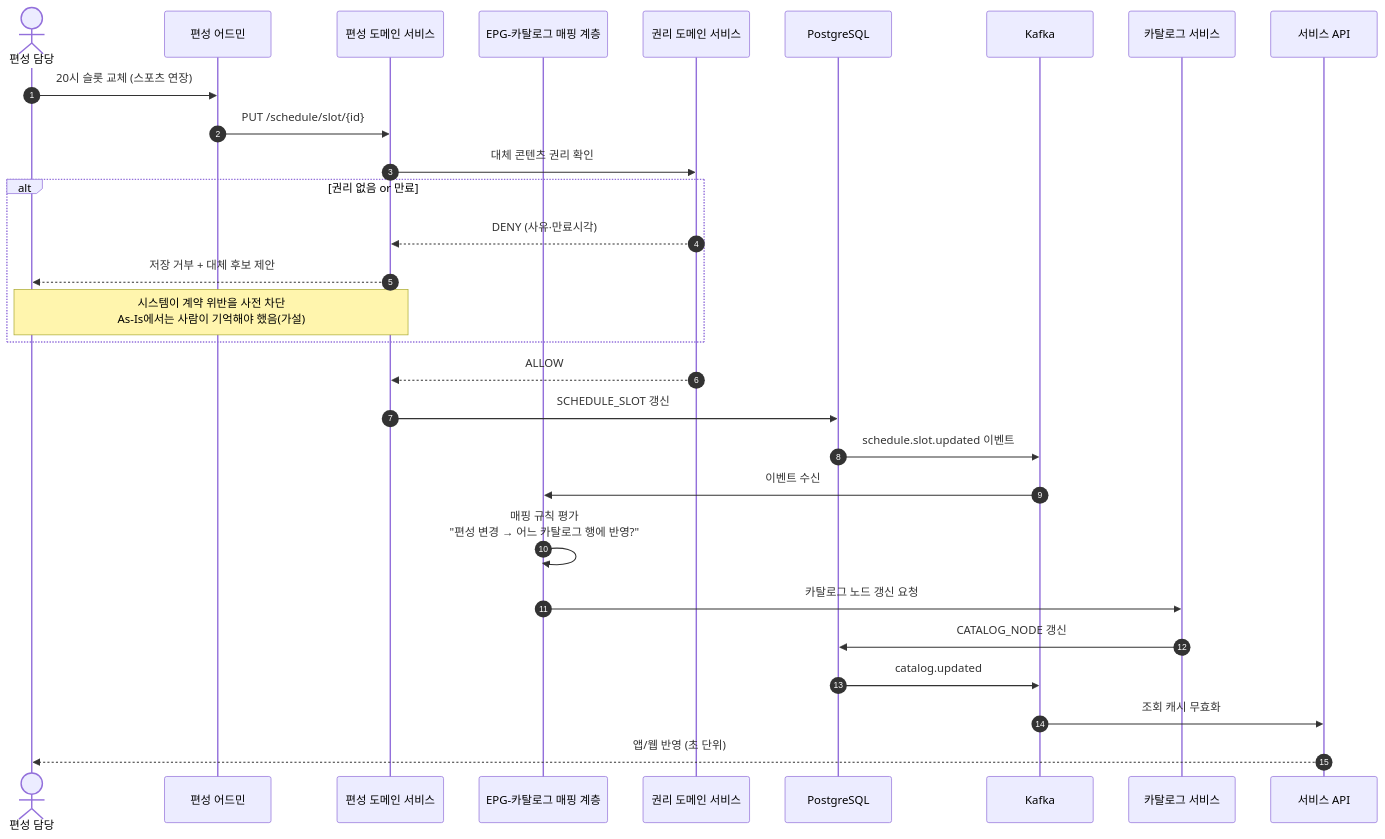
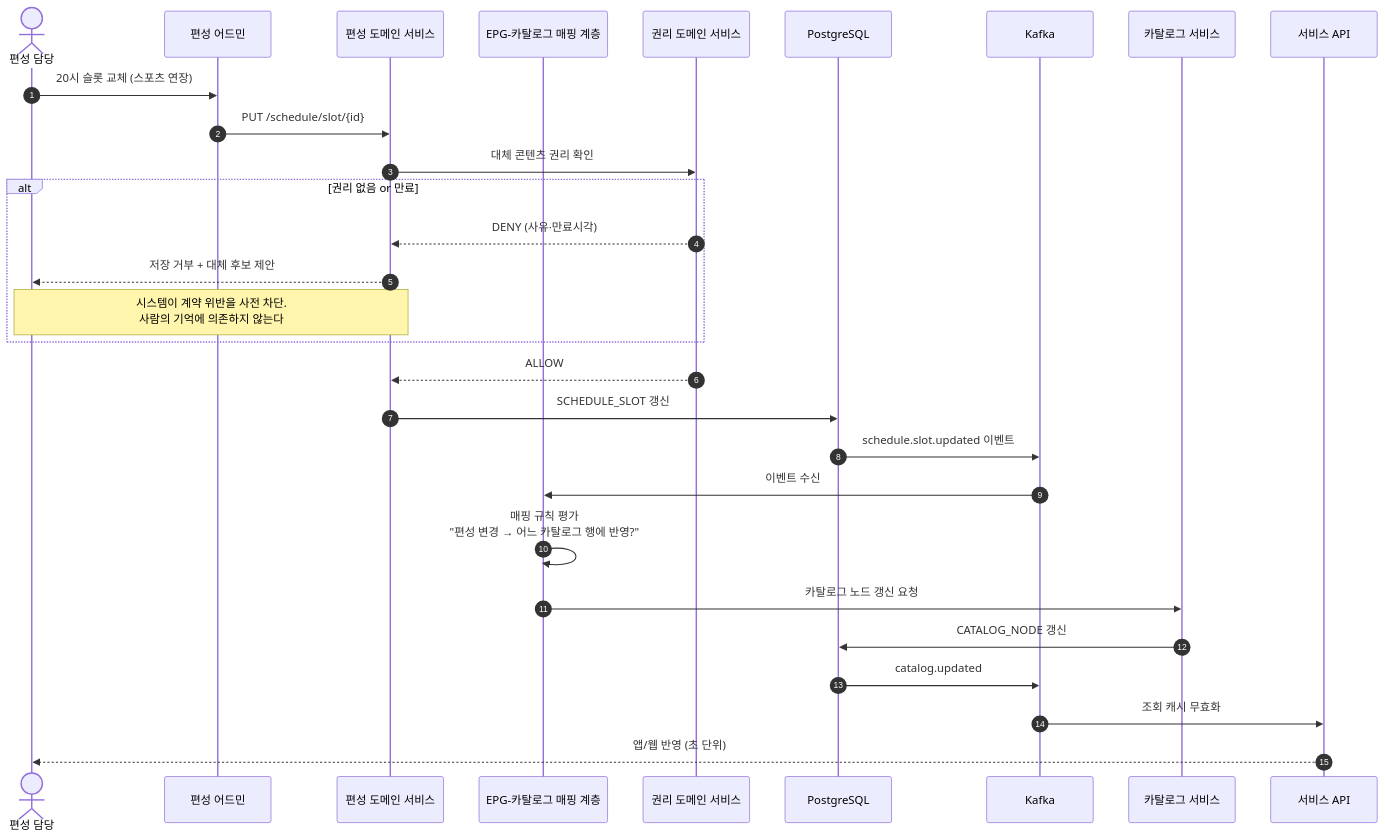
Before and after one commit to withwooyong/withwooyong.github.io: the ninth of 20 diagrams in pages/product-lead-loadmap/01_CMS.md, drawn with Mermaid. The commit also changed other lines of this file and 16 other files, not shown here.

````diff
--- a/pages/product-lead-loadmap/01_CMS.md
+++ b/pages/product-lead-loadmap/01_CMS.md
@@ -739,33 +700,33 @@
 ```mermaid
 sequenceDiagram
     autonumber
     actor SCH as 편성 담당
     participant UI as 편성 어드민
     participant SVC as 편성 도메인 서비스
     participant MAP as EPG-카탈로그 매핑 계층
     participant RIGHTS as 권리 도메인 서비스
     participant DB as PostgreSQL
     participant K as Kafka
     participant CAT as 카탈로그 서비스
     participant API as 서비스 API
 
     SCH->>UI: 20시 슬롯 교체 (스포츠 연장)
     UI->>SVC: PUT /schedule/slot/{id}
     SVC->>RIGHTS: 대체 콘텐츠 권리 확인
     alt 권리 없음 or 만료
         RIGHTS-->>SVC: DENY (사유·만료시각)
         SVC-->>SCH: 저장 거부 + 대체 후보 제안
-        Note over SVC,SCH: 시스템이 계약 위반을 사전 차단<br/>As-Is에서는 사람이 기억해야 했음(가설)
+        Note over SVC,SCH: 시스템이 계약 위반을 사전 차단.<br/>사람의 기억에 의존하지 않는다
     end
     RIGHTS-->>SVC: ALLOW
     SVC->>DB: SCHEDULE_SLOT 갱신
     DB->>K: schedule.slot.updated 이벤트
 
     K->>MAP: 이벤트 수신
     MAP->>MAP: 매핑 규칙 평가<br/>"편성 변경 → 어느 카탈로그 행에 반영?"
     MAP->>CAT: 카탈로그 노드 갱신 요청
     CAT->>DB: CATALOG_NODE 갱신
     DB->>K: catalog.updated
     K->>API: 조회 캐시 무효화
     API-->>SCH: 앱/웹 반영 (초 단위)
 ```
````
